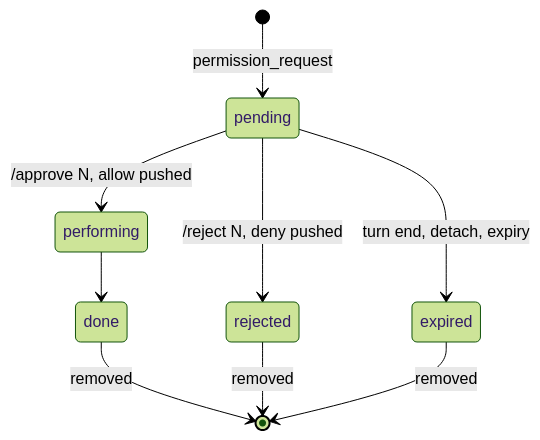
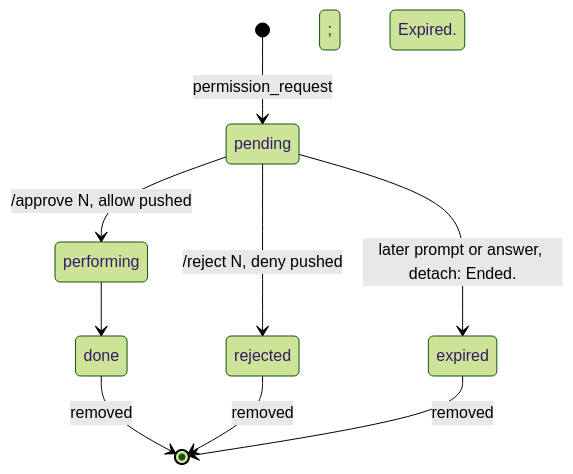
Before and after one commit to simplex-chat/simplex-chat: the fourth of 4 diagrams in packages/simplex-chat-mcp/spec/architecture.md, drawn with Mermaid (forest theme). The commit also changed other lines of this file and 5 other files, not shown here.

````diff
--- a/packages/simplex-chat-mcp/spec/architecture.md
+++ b/packages/simplex-chat-mcp/spec/architecture.md
@@ -1042,11 +1055,11 @@
 ```mermaid
 stateDiagram-v2
   [*] --> pending: permission_request
   pending --> performing: /approve N, allow pushed
   performing --> done
   pending --> rejected: /reject N, deny pushed
-  pending --> expired: turn end, detach, expiry
+  pending --> expired: later prompt or answer, detach: Ended.; expiry: Expired.
   done --> [*]: removed
   rejected --> [*]: removed
   expired --> [*]: removed
 ```
````
